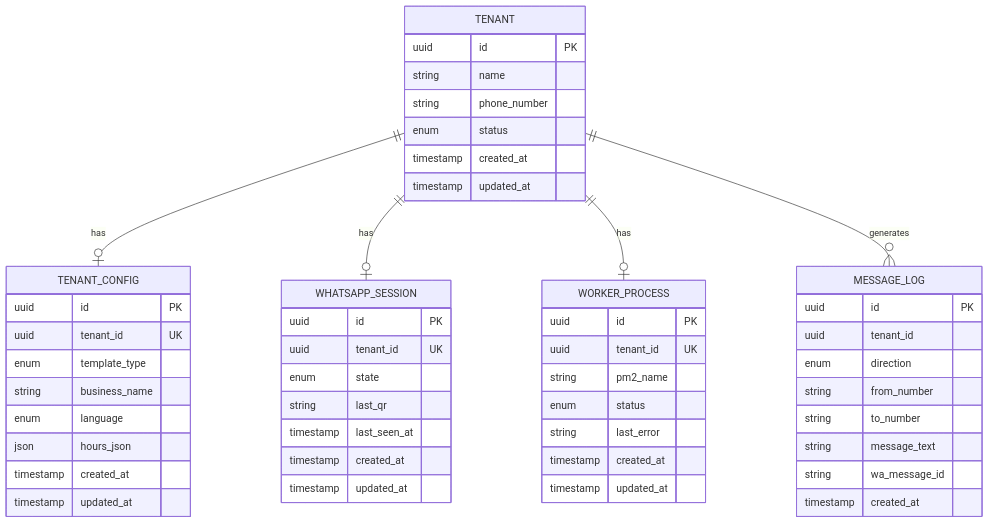
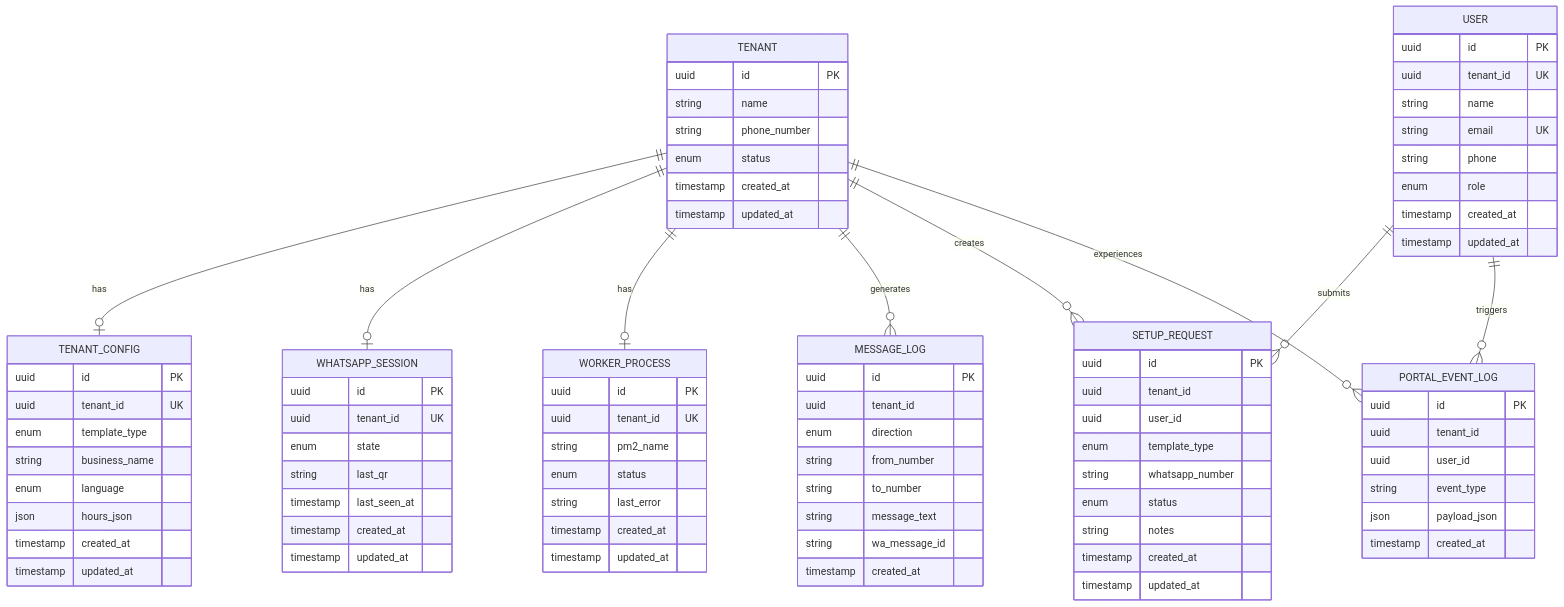
One commit to askchiwa-spec/FLOW-HQ-BOT changed the third of 7 diagrams in .qoder/repowiki/en/content/Database Design/Database Design.md. Above: the diagram before and after it, drawn with Mermaid. The commit also changed other lines of this file and 38 other files, not shown here.

````diff
--- a/.qoder/repowiki/en/content/Database Design/Database Design.md
+++ b/.qoder/repowiki/en/content/Database Design/Database Design.md
@@ -168,8 +248,41 @@
 timestamp created_at
 timestamp updated_at
 }
+USER {
+uuid id PK
+uuid tenant_id UK
+string name
+string email UK
+string phone
+enum role
+timestamp created_at
+timestamp updated_at
+}
+SETUP_REQUEST {
+uuid id PK
+uuid tenant_id
+uuid user_id
+enum template_type
+string whatsapp_number
+enum status
+string notes
+timestamp created_at
+timestamp updated_at
+}
+PORTAL_EVENT_LOG {
+uuid id PK
+uuid tenant_id
+uuid user_id
+string event_type
+json payload_json
+timestamp created_at
+}
 TENANT ||--o| TENANT_CONFIG : "has"
 TENANT ||--o| WHATSAPP_SESSION : "has"
 TENANT ||--o| WORKER_PROCESS : "has"
 TENANT ||--o{ MESSAGE_LOG : "generates"
+TENANT ||--o{ SETUP_REQUEST : "creates"
+USER ||--o{ SETUP_REQUEST : "submits"
+USER ||--o{ PORTAL_EVENT_LOG : "triggers"
+TENANT ||--o{ PORTAL_EVENT_LOG : "experiences"
 ```
````
